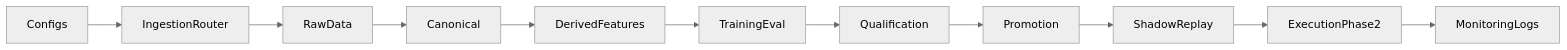
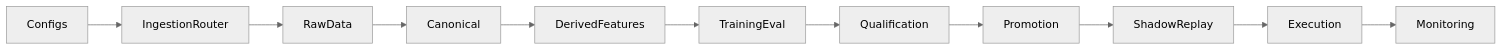
Before and after one commit to skyliquid22/Quanto: the first of 3 diagrams in README.md, drawn with Mermaid (neutral theme). The commit also changed other lines of this file, not shown here.

Commit message:
fix: reduce mermaid to minimal syntax

````diff
--- a/README.md
+++ b/README.md
@@ -37,13 +37,13 @@
 ```mermaid
-graph LR;
-    A[Configs] --> B[IngestionRouter];
-    B --> C[RawData];
-    C --> D[Canonical];
-    D --> E[DerivedFeatures];
-    E --> F[TrainingEval];
-    F --> G[Qualification];
-    G --> H[Promotion];
-    H --> I[ShadowReplay];
-    I --> J[ExecutionPhase2];
-    J --> K[MonitoringLogs];
+graph LR
+    A[Configs]-->B[IngestionRouter]
+    B-->C[RawData]
+    C-->D[Canonical]
+    D-->E[DerivedFeatures]
+    E-->F[TrainingEval]
+    F-->G[Qualification]
+    G-->H[Promotion]
+    H-->I[ShadowReplay]
+    I-->J[Execution]
+    J-->K[Monitoring]
 ```
````
